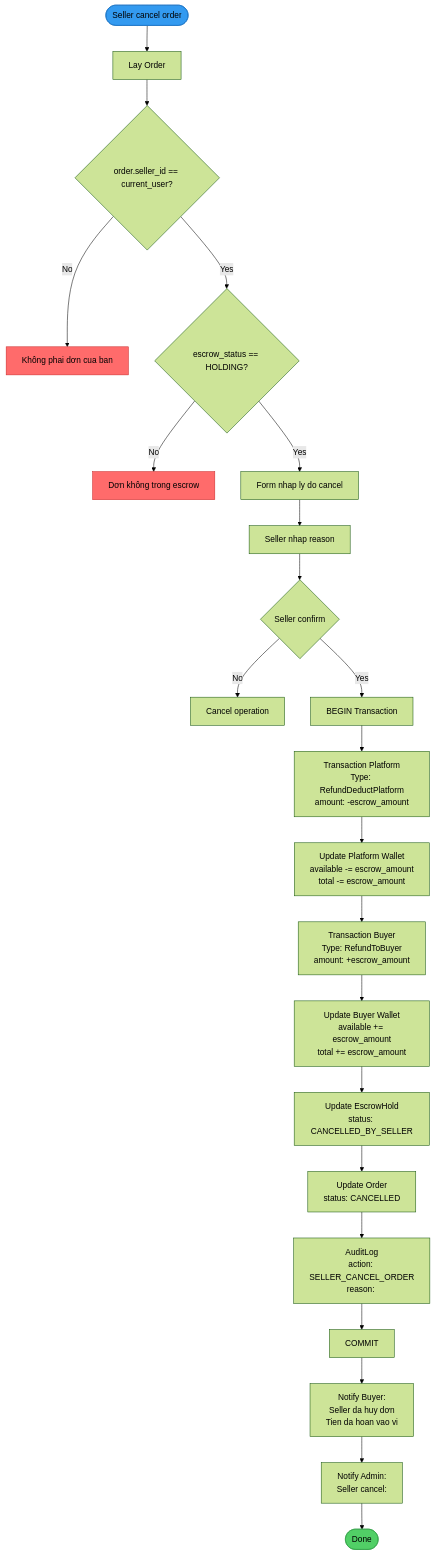
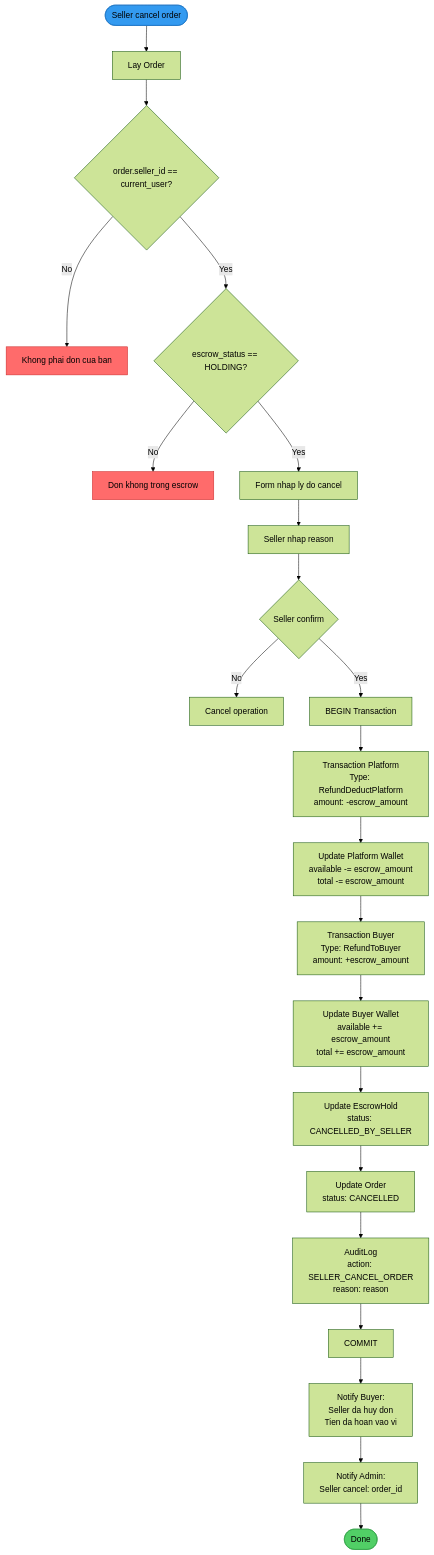
Before and after one commit to anhnguyen123312/ShopMMO: diagram 14 of 20 in mmo-api/docs/v2/05-wallet-v2-platform-wallet-flows.md, drawn with Mermaid (forest theme). The commit also changed other lines of this file, not shown here.

````diff
--- a/mmo-api/docs/v2/05-wallet-v2-platform-wallet-flows.md
+++ b/mmo-api/docs/v2/05-wallet-v2-platform-wallet-flows.md
@@ -1039,37 +991,37 @@
 ```mermaid
 flowchart TD
     Start([Seller cancel order])
 
     Start --> GetOrder[Lay Order]
     GetOrder --> CheckSeller{order.seller_id == current_user?}
-    CheckSeller -->|No| Error1[ Không phai dơn cua ban]
+    CheckSeller -->|No| Error1[Khong phai don cua ban]
     CheckSeller -->|Yes| CheckStatus{escrow_status == HOLDING?}
-    CheckStatus -->|No| Error2[ Dơn không trong escrow]
+    CheckStatus -->|No| Error2[Don khong trong escrow]
     CheckStatus -->|Yes| ShowForm[Form nhap ly do cancel]
 
     ShowForm --> SellerInput[Seller nhap reason]
     SellerInput --> Confirm{Seller confirm}
     Confirm -->|No| CancelOp[Cancel operation]
-    Confirm -->|Yes| BeginTx[ BEGIN Transaction]
+    Confirm -->|Yes| BeginTx[BEGIN Transaction]
 
     %% Refund to Buyer
-    BeginTx --> DeductPlatform[Transaction Platform<br/>Type: RefundDeductPlatform<br/>amount: -escrow_amount]
-    DeductPlatform --> UpdatePlatform[Update Platform Wallet<br/>available -= escrow_amount<br/>total -= escrow_amount]
+    BeginTx --> DeductPlatform[Transaction Platform<br>Type: RefundDeductPlatform<br>amount: -escrow_amount]
+    DeductPlatform --> UpdatePlatform[Update Platform Wallet<br>available -= escrow_amount<br>total -= escrow_amount]
 
-    UpdatePlatform --> CreditBuyer[Transaction Buyer<br/>Type: RefundToBuyer<br/>amount: +escrow_amount]
-    CreditBuyer --> UpdateBuyer[Update Buyer Wallet<br/>available += escrow_amount<br/>total += escrow_amount]
+    UpdatePlatform --> CreditBuyer[Transaction Buyer<br>Type: RefundToBuyer<br>amount: +escrow_amount]
+    CreditBuyer --> UpdateBuyer[Update Buyer Wallet<br>available += escrow_amount<br>total += escrow_amount]
 
-    UpdateBuyer --> UpdateEscrow[Update EscrowHold<br/>status: CANCELLED_BY_SELLER]
-    UpdateEscrow --> UpdateOrder[Update Order<br/>status: CANCELLED]
-    UpdateOrder --> CreateAudit[AuditLog<br/>action: SELLER_CANCEL_ORDER<br/>reason: <reason>]
-    CreateAudit --> CommitTx[ COMMIT]
+    UpdateBuyer --> UpdateEscrow[Update EscrowHold<br>status: CANCELLED_BY_SELLER]
+    UpdateEscrow --> UpdateOrder[Update Order<br>status: CANCELLED]
+    UpdateOrder --> CreateAudit[AuditLog<br>action: SELLER_CANCEL_ORDER<br>reason: reason]
+    CreateAudit --> CommitTx[COMMIT]
 
-    CommitTx --> NotifyBuyer[Notify Buyer:<br/>Seller da huy dơn<br/>Tien da hoan vao vi]
-    NotifyBuyer --> NotifyAdmin[Notify Admin:<br/>Seller cancel: <order_id>]
+    CommitTx --> NotifyBuyer[Notify Buyer:<br>Seller da huy don<br>Tien da hoan vao vi]
+    NotifyBuyer --> NotifyAdmin[Notify Admin:<br>Seller cancel: order_id]
     NotifyAdmin --> End([Done])
 
     style Start fill:#339af0,stroke:#1971c2
     style End fill:#51cf66,stroke:#2f9e44
     style Error1 fill:#ff6b6b,stroke:#c92a2a
     style Error2 fill:#ff6b6b,stroke:#c92a2a
 ```
````
